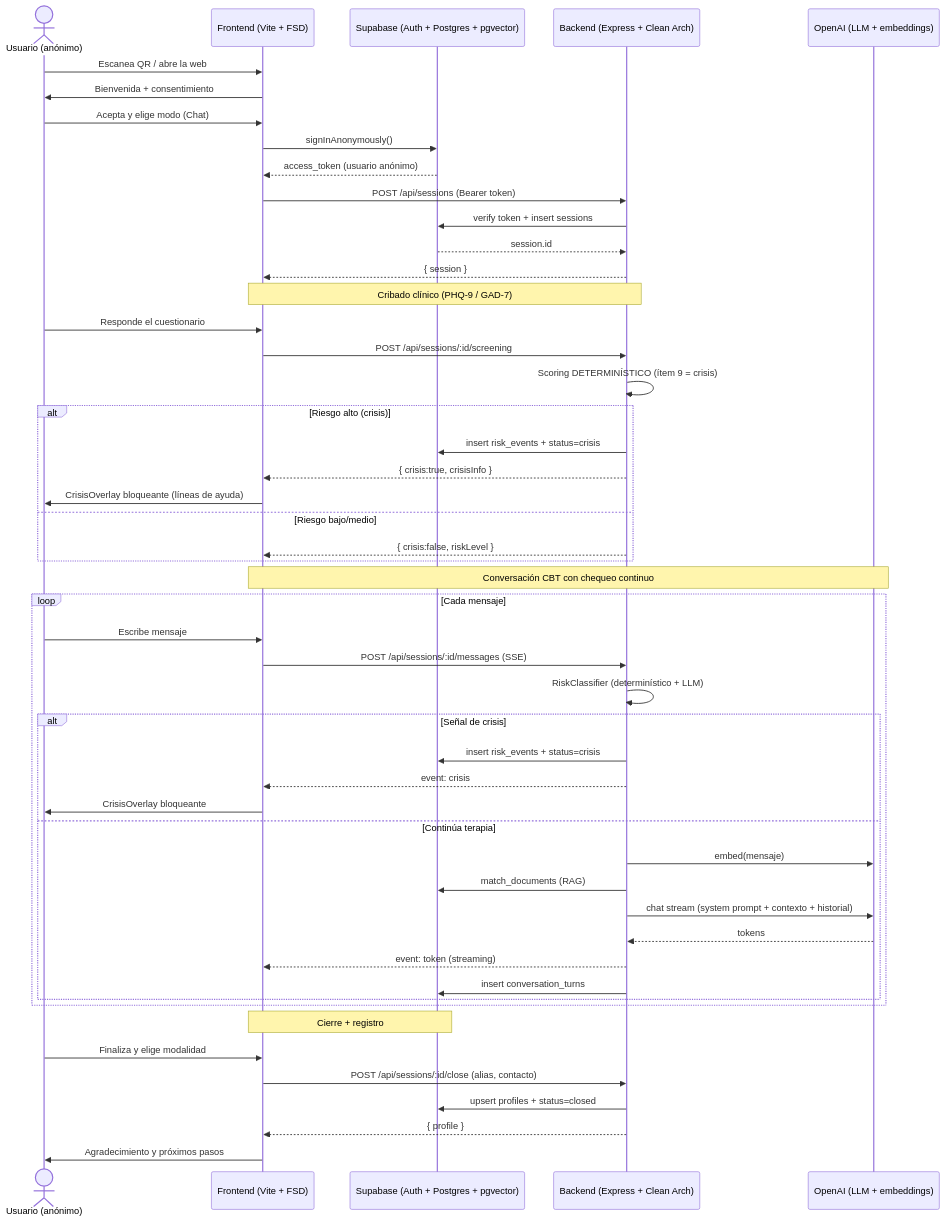
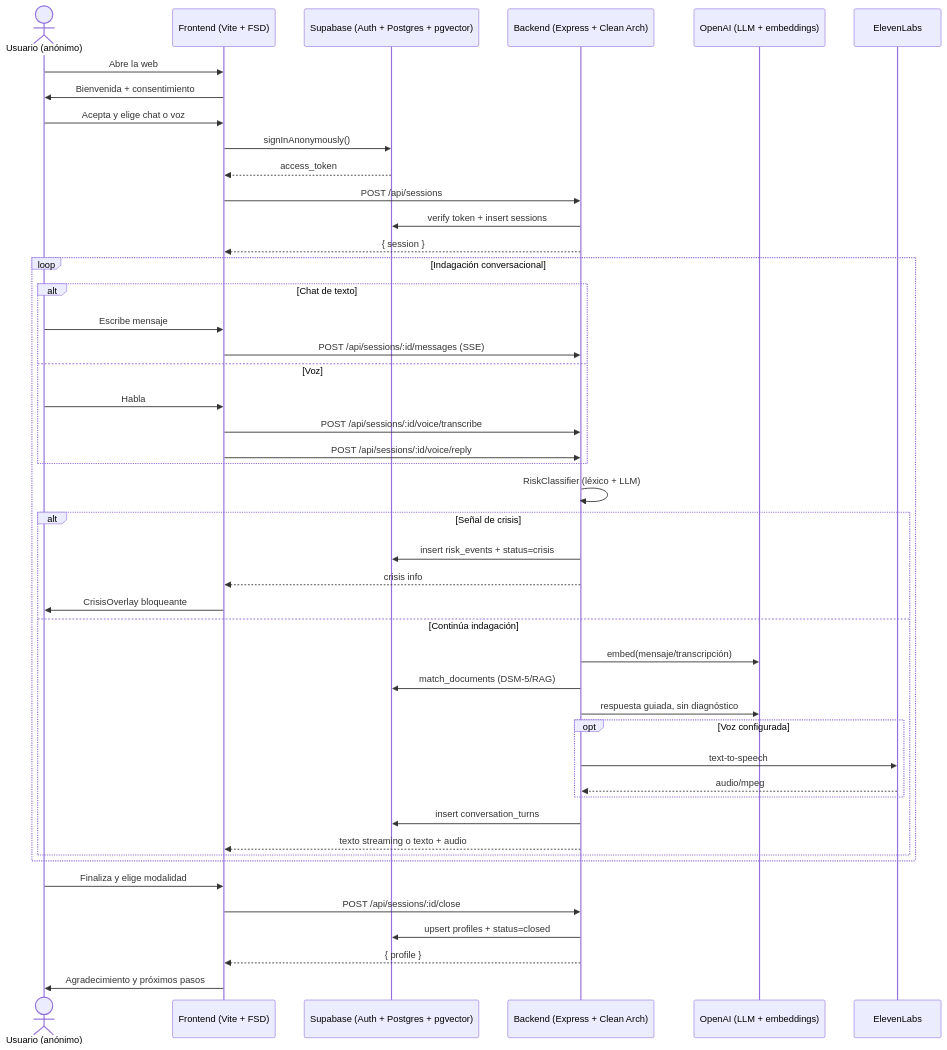
The diagram in docs/ataraxia_prototipo_tecnico.md (shigerudev/ataraxia.tech), drawn with Mermaid before and after one commit. The commit also changed other lines of this file and 34 other files, not shown here.

Commit message:
Integrate ElevenLabs voice mode

````diff
--- a/docs/ataraxia_prototipo_tecnico.md
+++ b/docs/ataraxia_prototipo_tecnico.md
@@ -15,56 +15,51 @@
 ```mermaid
 sequenceDiagram
     actor U as Usuario (anónimo)
     participant FE as Frontend (Vite + FSD)
     participant SB as Supabase (Auth + Postgres + pgvector)
     participant BE as Backend (Express + Clean Arch)
     participant AI as OpenAI (LLM + embeddings)
+    participant EL as ElevenLabs
 
-    U->>FE: Escanea QR / abre la web
+    U->>FE: Abre la web
     FE->>U: Bienvenida + consentimiento
-    U->>FE: Acepta y elige modo (Chat)
+    U->>FE: Acepta y elige chat o voz
     FE->>SB: signInAnonymously()
-    SB-->>FE: access_token (usuario anónimo)
-    FE->>BE: POST /api/sessions (Bearer token)
+    SB-->>FE: access_token
+    FE->>BE: POST /api/sessions
     BE->>SB: verify token + insert sessions
-    SB-->>BE: session.id
     BE-->>FE: { session }
 
-    Note over FE,BE: Cribado clínico (PHQ-9 / GAD-7)
-    U->>FE: Responde el cuestionario
-    FE->>BE: POST /api/sessions/:id/screening
-    BE->>BE: Scoring DETERMINÍSTICO (ítem 9 = crisis)
-    alt Riesgo alto (crisis)
-        BE->>SB: insert risk_events + status=crisis
-        BE-->>FE: { crisis:true, crisisInfo }
-        FE->>U: CrisisOverlay bloqueante (líneas de ayuda)
-    else Riesgo bajo/medio
-        BE-->>FE: { crisis:false, riskLevel }
-    end
-
-    Note over FE,AI: Conversación CBT con chequeo continuo
-    loop Cada mensaje
-        U->>FE: Escribe mensaje
-        FE->>BE: POST /api/sessions/:id/messages (SSE)
-        BE->>BE: RiskClassifier (determinístico + LLM)
+    loop Indagación conversacional
+        alt Chat de texto
+            U->>FE: Escribe mensaje
+            FE->>BE: POST /api/sessions/:id/messages (SSE)
+        else Voz
+            U->>FE: Habla
+            FE->>BE: POST /api/sessions/:id/voice/transcribe
+            FE->>BE: POST /api/sessions/:id/voice/reply
+        end
+        BE->>BE: RiskClassifier (léxico + LLM)
         alt Señal de crisis
             BE->>SB: insert risk_events + status=crisis
-            BE-->>FE: event: crisis
+            BE-->>FE: crisis info
             FE->>U: CrisisOverlay bloqueante
-        else Continúa terapia
-            BE->>AI: embed(mensaje)
-            BE->>SB: match_documents (RAG)
-            BE->>AI: chat stream (system prompt + contexto + historial)
-            AI-->>BE: tokens
-            BE-->>FE: event: token (streaming)
+        else Continúa indagación
+            BE->>AI: embed(mensaje/transcripción)
+            BE->>SB: match_documents (DSM-5/RAG)
+            BE->>AI: respuesta guiada, sin diagnóstico
+            opt Voz configurada
+                BE->>EL: text-to-speech
+                EL-->>BE: audio/mpeg
+            end
             BE->>SB: insert conversation_turns
+            BE-->>FE: texto streaming o texto + audio
         end
     end
 
-    Note over FE,SB: Cierre + registro
     U->>FE: Finaliza y elige modalidad
-    FE->>BE: POST /api/sessions/:id/close (alias, contacto)
+    FE->>BE: POST /api/sessions/:id/close
     BE->>SB: upsert profiles + status=closed
     BE-->>FE: { profile }
     FE->>U: Agradecimiento y próximos pasos
 ```
````
